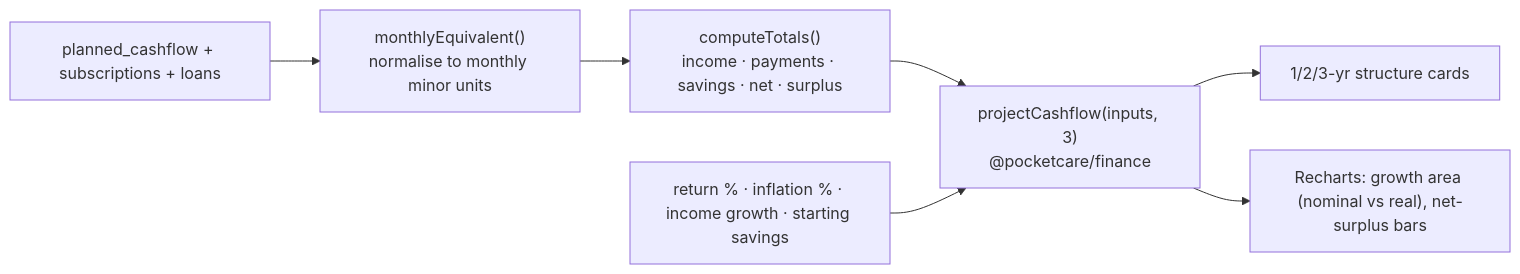
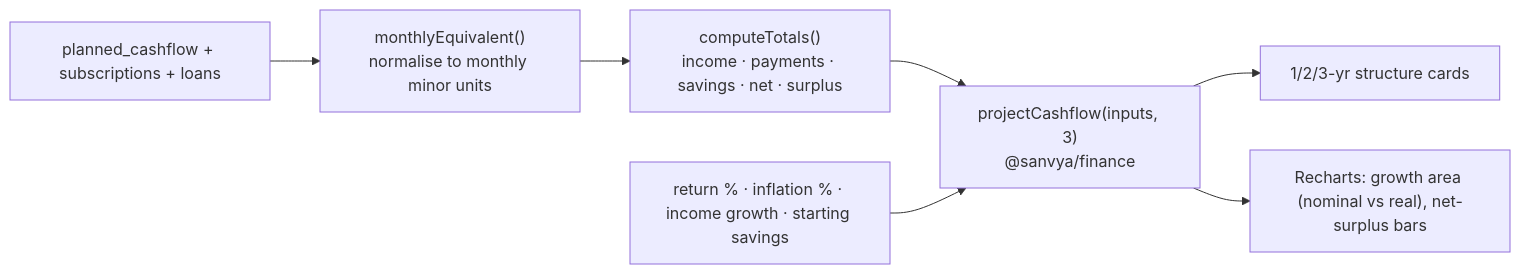
Before and after one commit to replyto-pocketcare/pocketcare-app: the third of 3 diagrams in docs/features/planned-cashflow.md, drawn with Mermaid. The commit also changed other lines of this file and 451 other files, not shown here.

Commit message:
refactor: Rename SanvyaSchema and sanvya.db to PocketCareSchema and pocketcare.db

````diff
--- a/docs/features/planned-cashflow.md
+++ b/docs/features/planned-cashflow.md
@@ -43,9 +43,9 @@
 ```mermaid
 flowchart LR
     Items["planned_cashflow + subscriptions + loans"] --> Norm["monthlyEquivalent()\nnormalise to monthly minor units"]
     Norm --> Totals["computeTotals()\nincome · payments · savings · net · surplus"]
-    Totals --> Proj["projectCashflow(inputs, 3)\n@pocketcare/finance"]
+    Totals --> Proj["projectCashflow(inputs, 3)\n@sanvya/finance"]
     Sliders["return % · inflation % · income growth · starting savings"] --> Proj
     Proj --> Cards["1/2/3-yr structure cards"]
     Proj --> Charts["Recharts: growth area (nominal vs real), net-surplus bars"]
 ```
````
